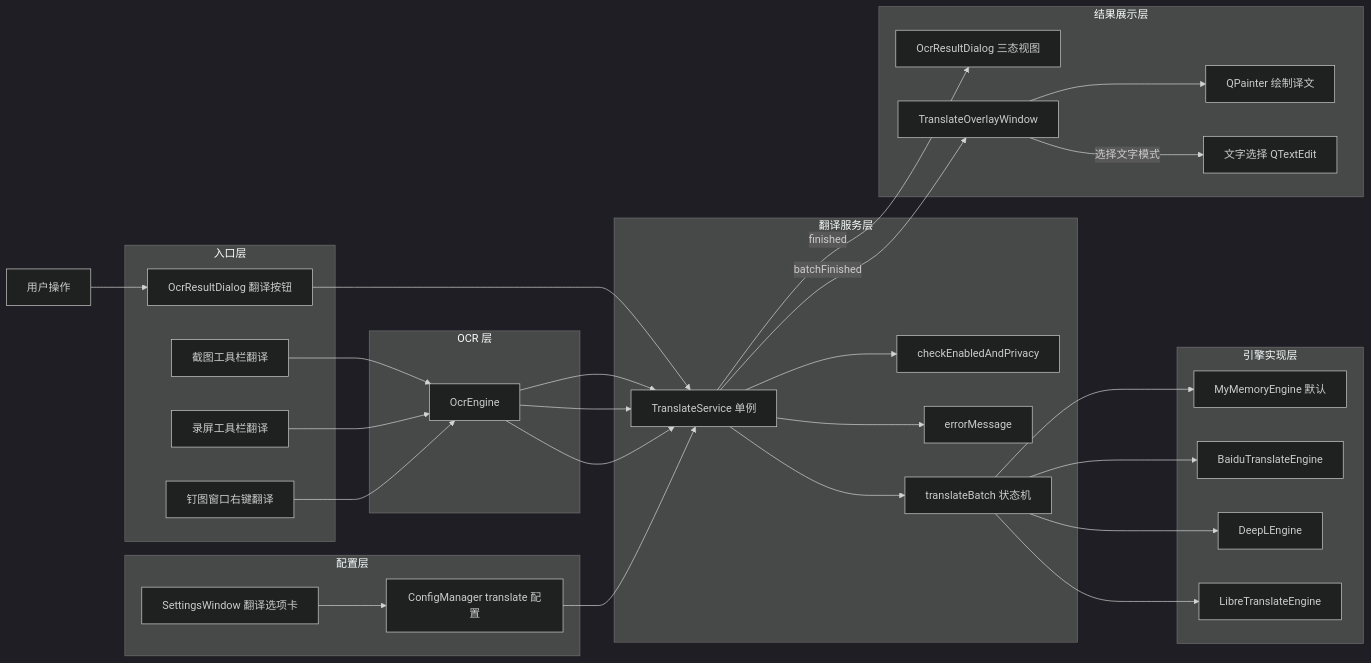
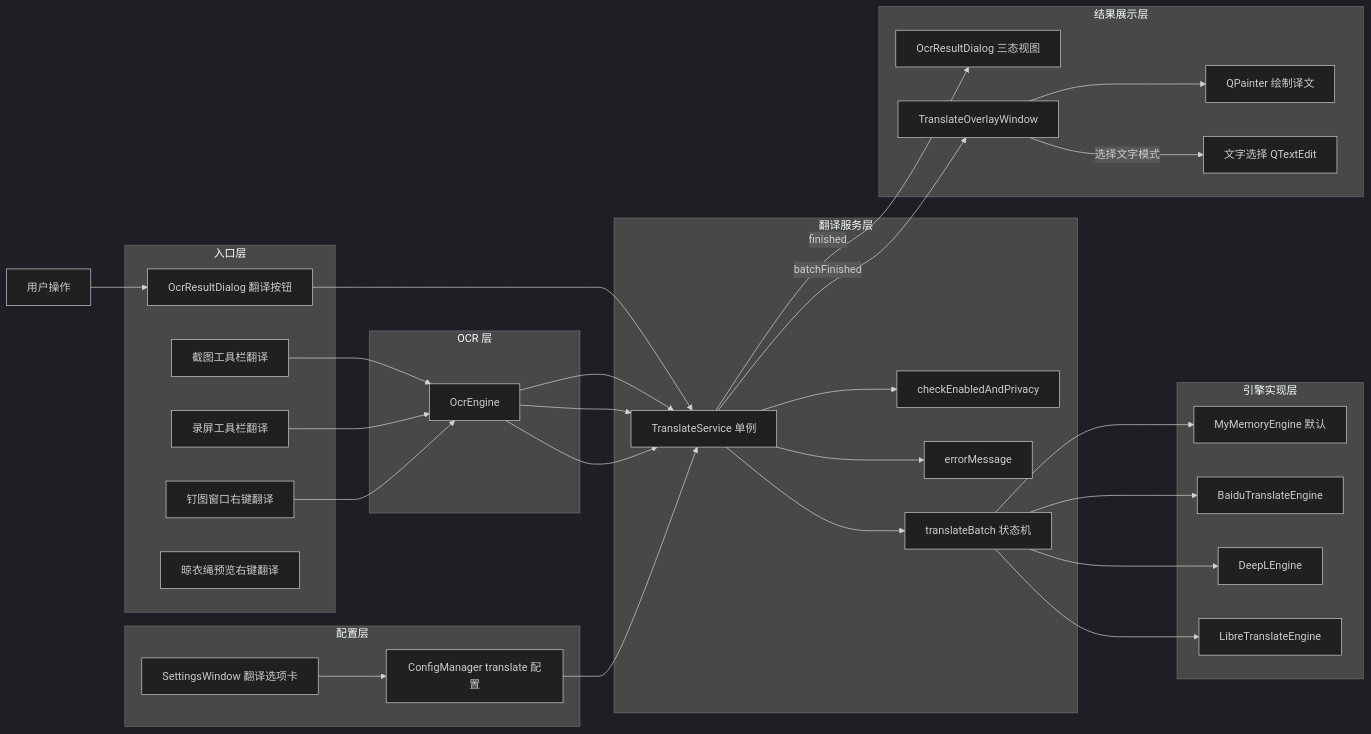
The first of 12 diagrams in docs/translation-design.md (ChiangyangNPU/quick-shot), drawn with Mermaid (dark theme) before and after one commit. The commit also changed other lines of this file and 7 other files, not shown here.

````diff
--- a/docs/translation-design.md
+++ b/docs/translation-design.md
@@ -43,58 +43,59 @@
 ```mermaid
 flowchart LR
     U["用户操作"] --> A
     subgraph 入口层
         A["OcrResultDialog 翻译按钮"]
         B["截图工具栏翻译"]
         C["录屏工具栏翻译"]
         D["钉图窗口右键翻译"]
+        D2["晾衣绳预览右键翻译"]
     end
 
     subgraph 翻译服务层
         E["TranslateService 单例"]
         E1["checkEnabledAndPrivacy"]
         E2["errorMessage"]
         E3["translateBatch 状态机"]
     end
 
     subgraph OCR 层
         O["OcrEngine"]
     end
 
     subgraph 引擎实现层
         F["MyMemoryEngine 默认"]
         G["BaiduTranslateEngine"]
         H["DeepLEngine"]
         I["LibreTranslateEngine"]
     end
 
     subgraph 结果展示层
         J["OcrResultDialog 三态视图"]
         K["TranslateOverlayWindow"]
         K1["QPainter 绘制译文"]
         K2["文字选择 QTextEdit"]
     end
 
     subgraph 配置层
         L["ConfigManager translate 配置"]
         M["SettingsWindow 翻译选项卡"]
     end
 
     A --> E
     B --> O --> E
     C --> O --> E
     D --> O --> E
     E --> E1
     E --> E2
     E --> E3
     E3 --> F
     E3 --> G
     E3 --> H
     E3 --> I
     E -->|finished| J
     E -->|batchFinished| K
     K --> K1
     K -->|"选择文字模式"| K2
     L --> E
     M --> L
 ```
````
